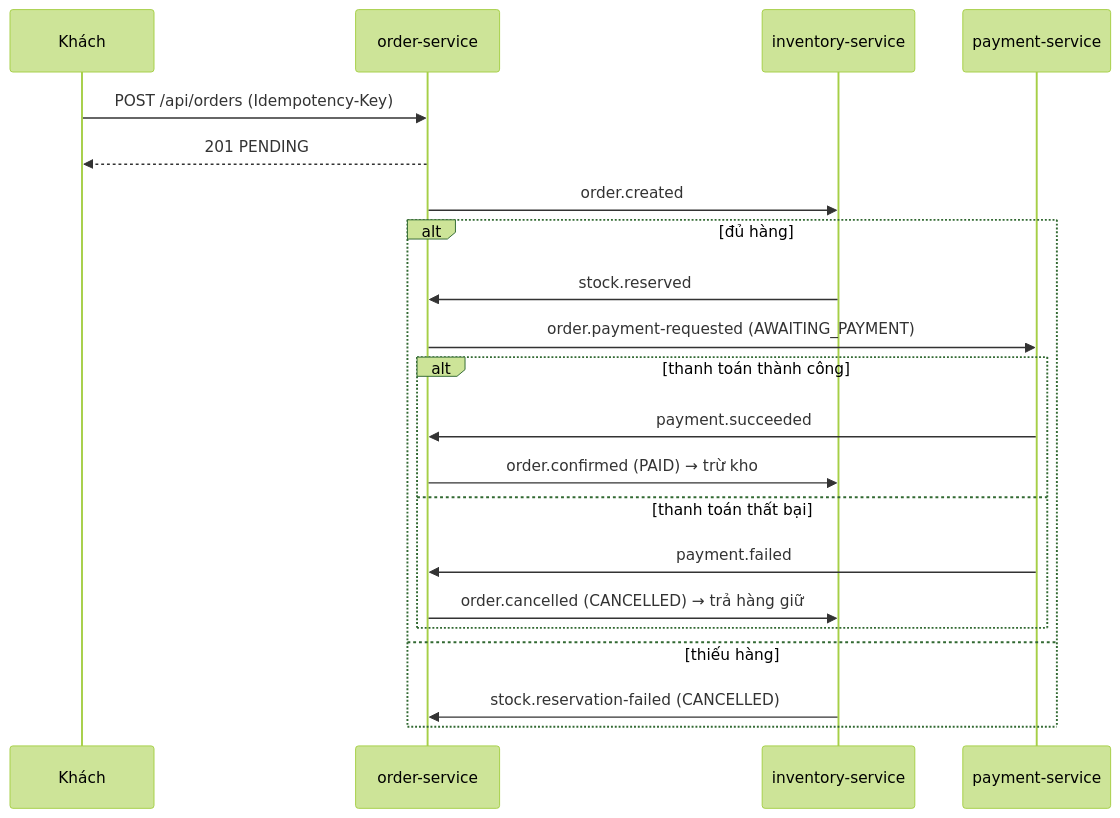
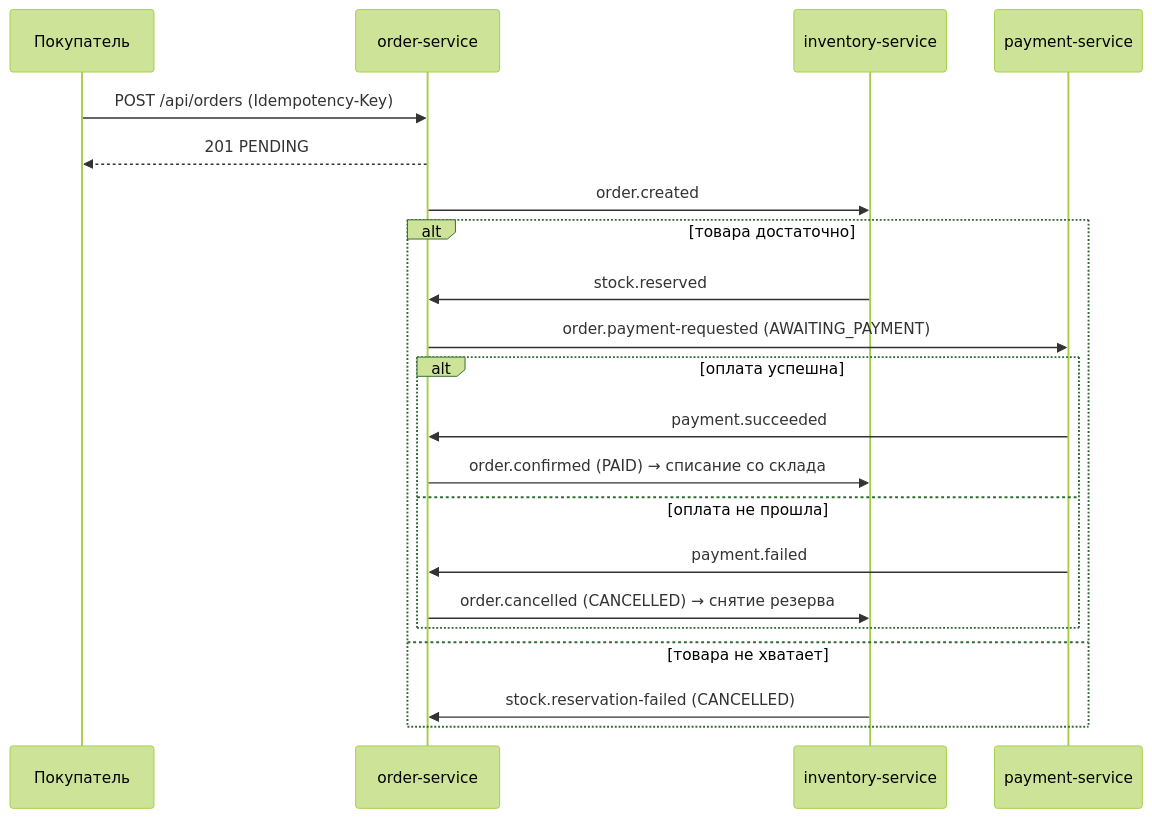
The second of 4 diagrams in ecommerce/docs/architecture.md (GlankS21/web-project), drawn with Mermaid (forest theme) before and after one commit. The commit also changed other lines of this file and 259 other files, not shown here.

````diff
--- a/ecommerce/docs/architecture.md
+++ b/ecommerce/docs/architecture.md
@@ -73,23 +76,23 @@
 ```mermaid
 sequenceDiagram
-    participant C as Khách
+    participant C as Покупатель
     participant O as order-service
     participant I as inventory-service
     participant P as payment-service
     C->>O: POST /api/orders (Idempotency-Key)
     O-->>C: 201 PENDING
     O->>I: order.created
-    alt đủ hàng
+    alt товара достаточно
         I->>O: stock.reserved
         O->>P: order.payment-requested (AWAITING_PAYMENT)
-        alt thanh toán thành công
+        alt оплата успешна
             P->>O: payment.succeeded
-            O->>I: order.confirmed (PAID) → trừ kho
-        else thanh toán thất bại
+            O->>I: order.confirmed (PAID) → списание со склада
+        else оплата не прошла
             P->>O: payment.failed
-            O->>I: order.cancelled (CANCELLED) → trả hàng giữ
+            O->>I: order.cancelled (CANCELLED) → снятие резерва
         end
-    else thiếu hàng
+    else товара не хватает
         I->>O: stock.reservation-failed (CANCELLED)
     end
 ```
````
